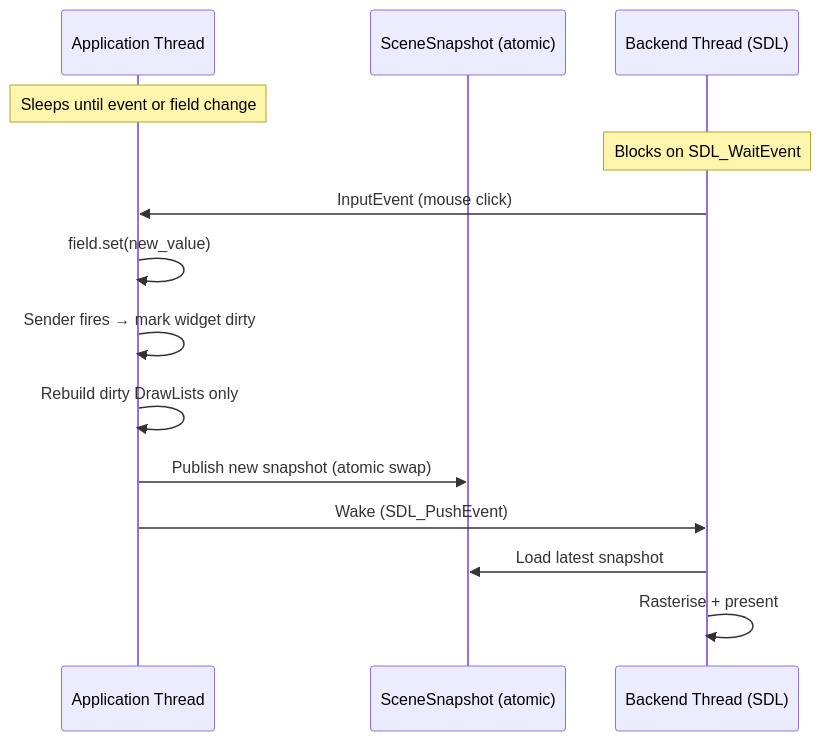
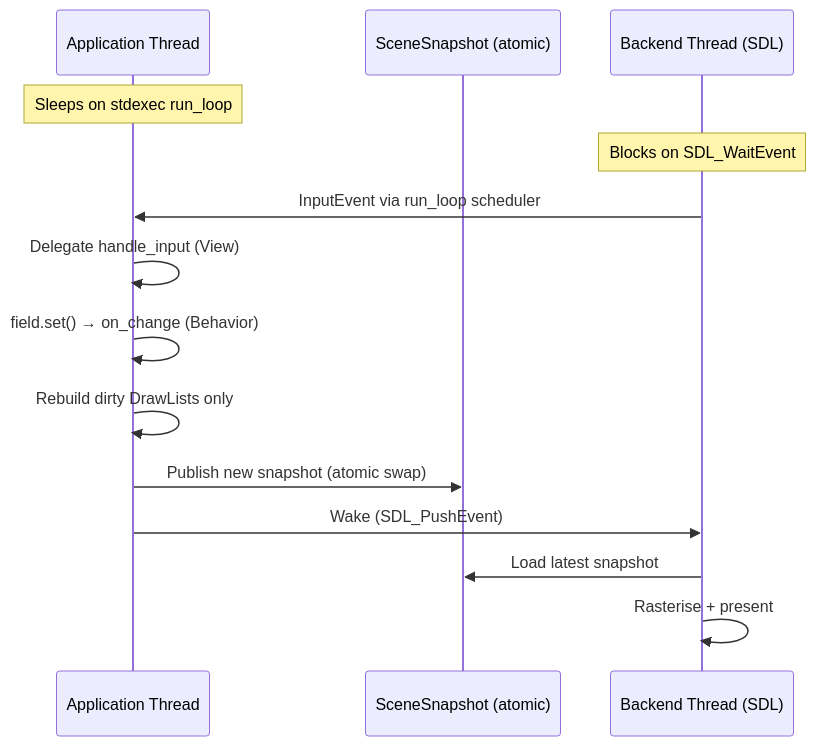
Before and after one commit to jeandet/PRSIM: the fifth of 6 diagrams in README.md, drawn with Mermaid. The commit also changed other lines of this file, not shown here.

First line of the commit message:
docs: sync top-level README with MVB architecture and current widget set

````diff
--- a/README.md
+++ b/README.md
@@ -164,18 +179,18 @@
 ```mermaid
 sequenceDiagram
     participant App as Application Thread
     participant Snap as SceneSnapshot (atomic)
     participant Back as Backend Thread (SDL)
 
-    Note over App: Sleeps until event or field change
+    Note over App: Sleeps on stdexec run_loop
     Note over Back: Blocks on SDL_WaitEvent
 
-    Back->>App: InputEvent (mouse click)
-    App->>App: field.set(new_value)
-    App->>App: Sender fires → mark widget dirty
+    Back->>App: InputEvent via run_loop scheduler
+    App->>App: Delegate handle_input (View)
+    App->>App: field.set() → on_change (Behavior)
     App->>App: Rebuild dirty DrawLists only
     App->>Snap: Publish new snapshot (atomic swap)
     App->>Back: Wake (SDL_PushEvent)
     Back->>Snap: Load latest snapshot
     Back->>Back: Rasterise + present
 ```
````
